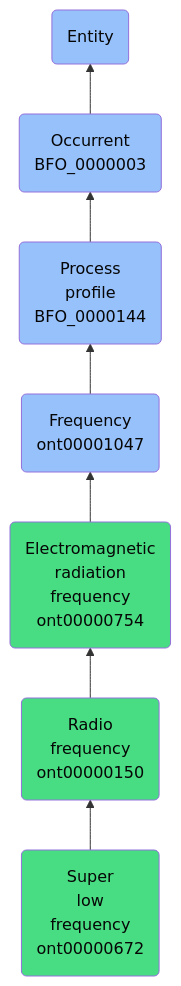
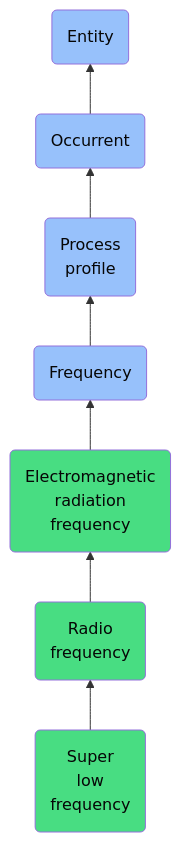
The diagram in docs/ontology/reference/model/Entity/Occurrent/Process profile/Frequency/Electromagnetic radiation frequency/Radio frequency/Super low frequency/Super low frequency.md (jupyter-naas/abi), drawn with Mermaid before and after one commit. The commit also changed other lines of this file and 1430 other files, not shown here.

````diff
--- a/docs/ontology/reference/model/Entity/Occurrent/Process profile/Frequency/Electromagnetic radiation frequency/Radio frequency/Super low frequency/Super low frequency.md
+++ b/docs/ontology/reference/model/Entity/Occurrent/Process profile/Frequency/Electromagnetic radiation frequency/Radio frequency/Super low frequency/Super low frequency.md
@@ -24,14 +24,14 @@
 ```mermaid
 graph BT
-    ont00000672(Super<br>low<br>frequency<br>ont00000672):::ABI-->ont00000150
-    ont00000150(Radio<br>frequency<br>ont00000150):::ABI-->ont00000754
-    ont00000754(Electromagnetic<br>radiation<br>frequency<br>ont00000754):::ABI-->ont00001047
-    ont00001047(Frequency<br>ont00001047):::BFO-->BFO_0000144
-    BFO_0000144(Process<br>profile<br>BFO_0000144):::BFO-->BFO_0000003
-    BFO_0000003(Occurrent<br>BFO_0000003):::BFO-->BFO_0000001
+    ont00000672(Super<br>low<br>frequency):::ABI-->ont00000150
+    ont00000150(Radio<br>frequency):::ABI-->ont00000754
+    ont00000754(Electromagnetic<br>radiation<br>frequency):::ABI-->ont00001047
+    ont00001047(Frequency):::BFO-->BFO_0000144
+    BFO_0000144(Process<br>profile):::BFO-->BFO_0000003
+    BFO_0000003(Occurrent):::BFO-->BFO_0000001
     BFO_0000001(Entity):::BFO
     
     classDef BFO fill:#97c1fb,color:#060606
     classDef CCO fill:#e4c51e,color:#060606
     classDef ABI fill:#48DD82,color:#060606
 ```
````
